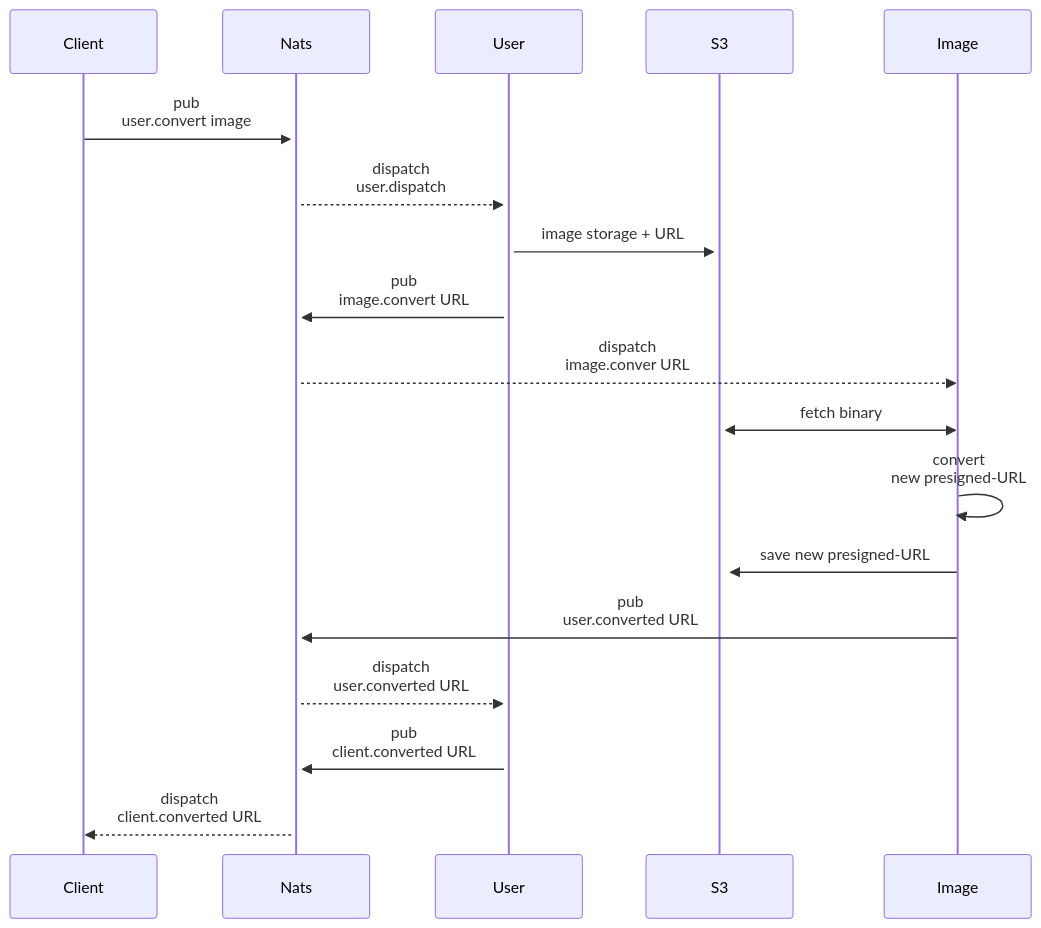
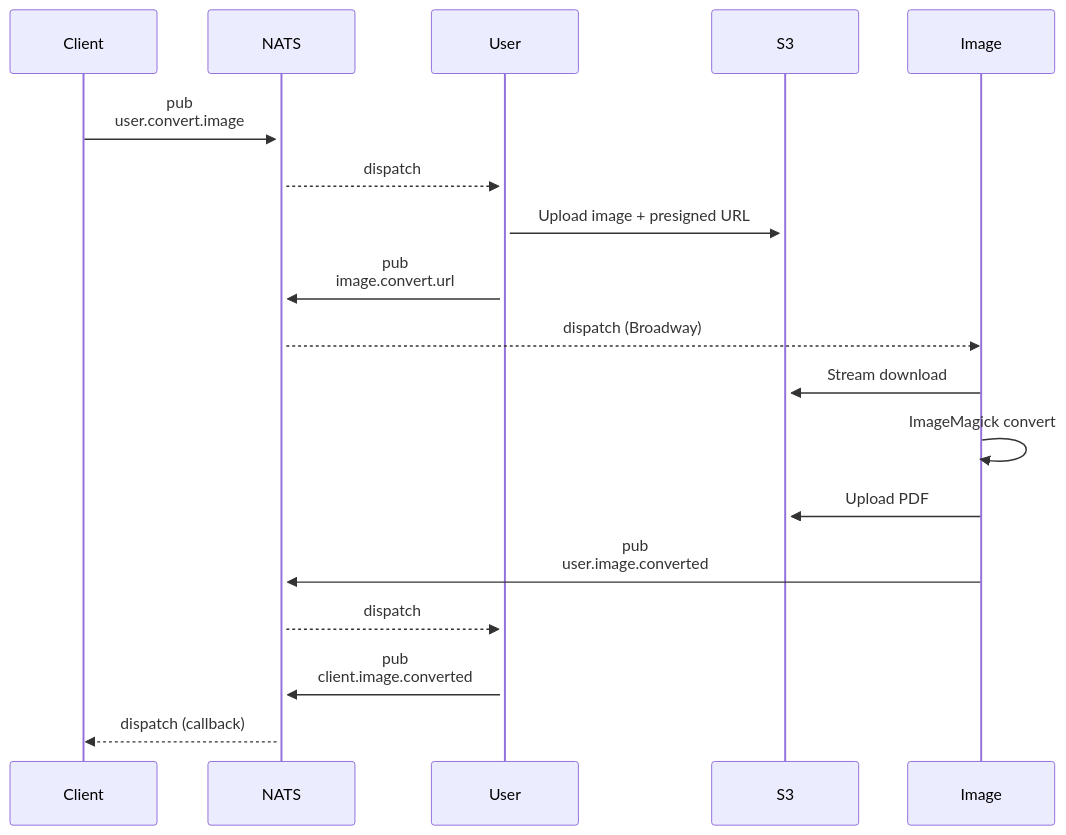
Before and after one commit to dwyl/learn-elixir-microservices-with-natsio-and-opentelemetry: the fourth of 8 diagrams in README.md, drawn with Mermaid. The commit also changed other lines of this file and 93 other files, not shown here.

````diff
--- a/README.md
+++ b/README.md
@@ -850,16 +876,15 @@
 ```mermaid
 sequenceDiagram
-    Client ->>+Nats: pub <br> user.convert image
-    Nats -->> + User: dispatch <br> user.dispatch
-    User ->> +S3: image storage + URL
-    User ->> Nats: pub <br> image.convert URL
-    Nats -->> Image: dispatch <br> image.conver URL
-    Image <<->> +S3: fetch binary
-    Image ->> Image: convert<br> new presigned-URL
-    Image ->>S3: save new presigned-URL
-    Image ->> Nats: pub <br> user.converted URL
-    Nats -->> User: dispatch <br> user.converted URL
-    User ->> Nats: pub <br> client.converted URL
-    Nats -->> Client: dispatch <br> client.converted URL
-
+    Client->>+NATS: pub <br> user.convert.image
+    NATS-->>+User: dispatch
+    User->>+S3: Upload image + presigned URL
+    User->>NATS: pub <br> image.convert.url
+    NATS-->>Image: dispatch (Broadway)
+    Image->>S3: Stream download
+    Image->>Image: ImageMagick convert
+    Image->>S3: Upload PDF
+    Image->>NATS: pub <br> user.image.converted
+    NATS-->>User: dispatch
+    User->>NATS: pub <br> client.image.converted
+    NATS-->>Client: dispatch (callback)
 ```
````
